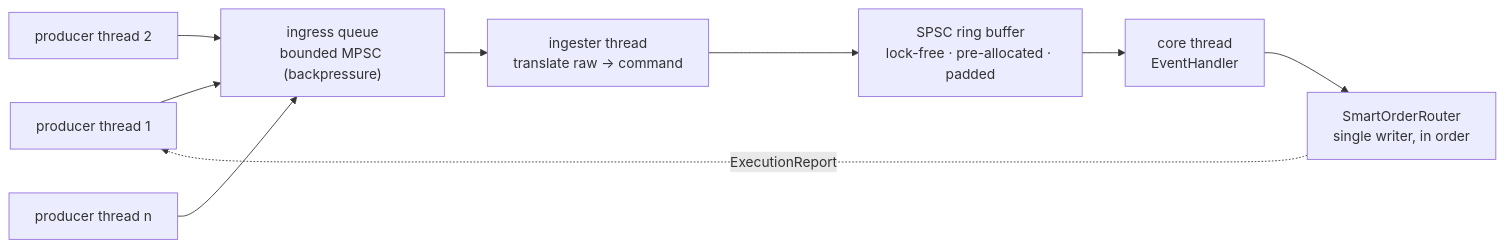
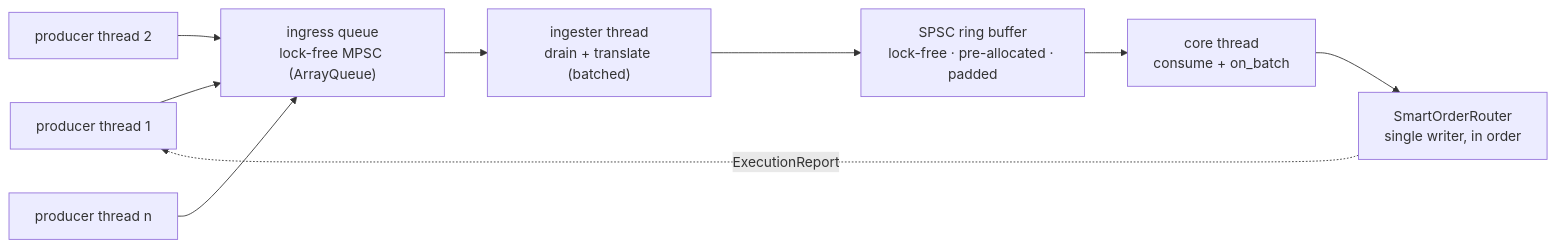
Before and after one commit to Prolead1/rustyPrism: the third of 3 diagrams in README.md, drawn with Mermaid. The commit also changed other lines of this file and 6 other files, not shown here.

First line of the commit message:
perf(disruptor): lock-free ingress, spin waits, batching and pinning

````diff
--- a/README.md
+++ b/README.md
@@ -231,11 +231,11 @@
 ```mermaid
 flowchart LR
     P1["producer thread 1"] --> Q
     P2["producer thread 2"] --> Q
     P3["producer thread n"] --> Q
-    Q["ingress queue<br/>bounded MPSC (backpressure)"] --> I["ingester thread<br/>translate raw → command"]
+    Q["ingress queue<br/>lock-free MPSC (ArrayQueue)"] --> I["ingester thread<br/>drain + translate (batched)"]
     I --> R["SPSC ring buffer<br/>lock-free · pre-allocated · padded"]
-    R --> C["core thread<br/>EventHandler"]
+    R --> C["core thread<br/>consume + on_batch"]
     C --> H["SmartOrderRouter<br/>single writer, in order"]
     H -.->|"ExecutionReport"| P1
 ```
````
